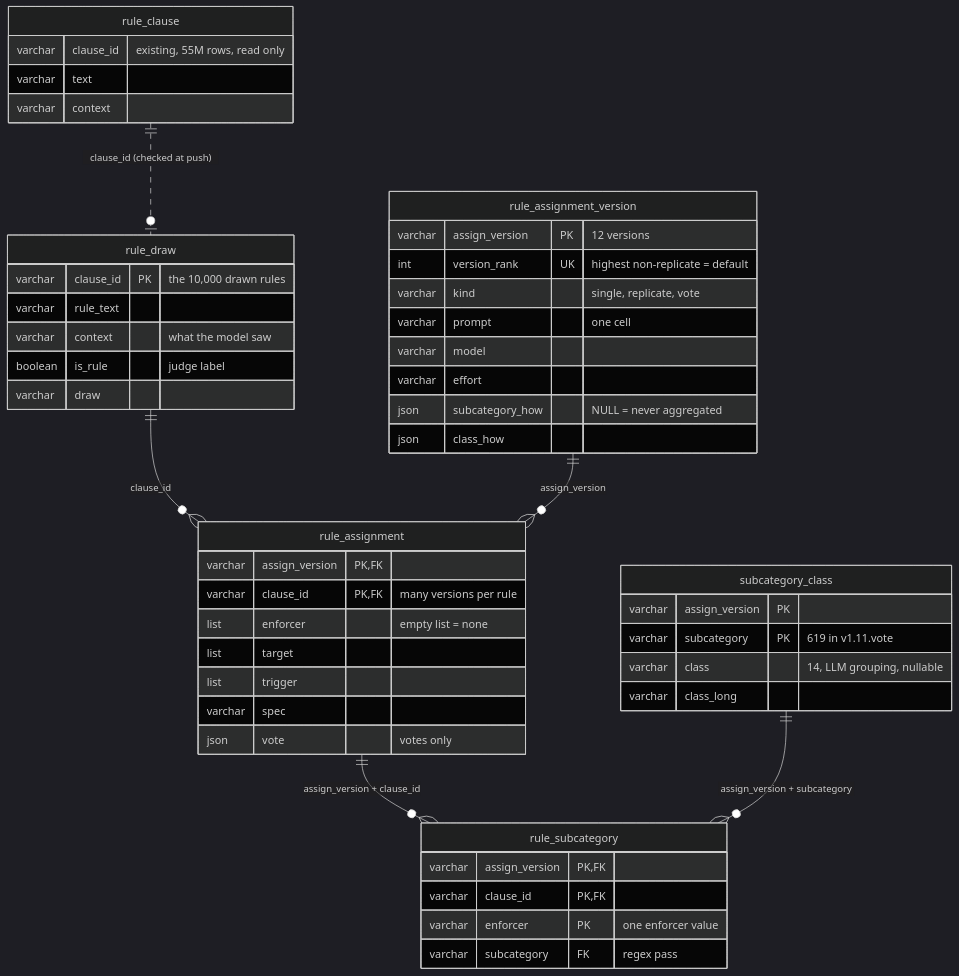
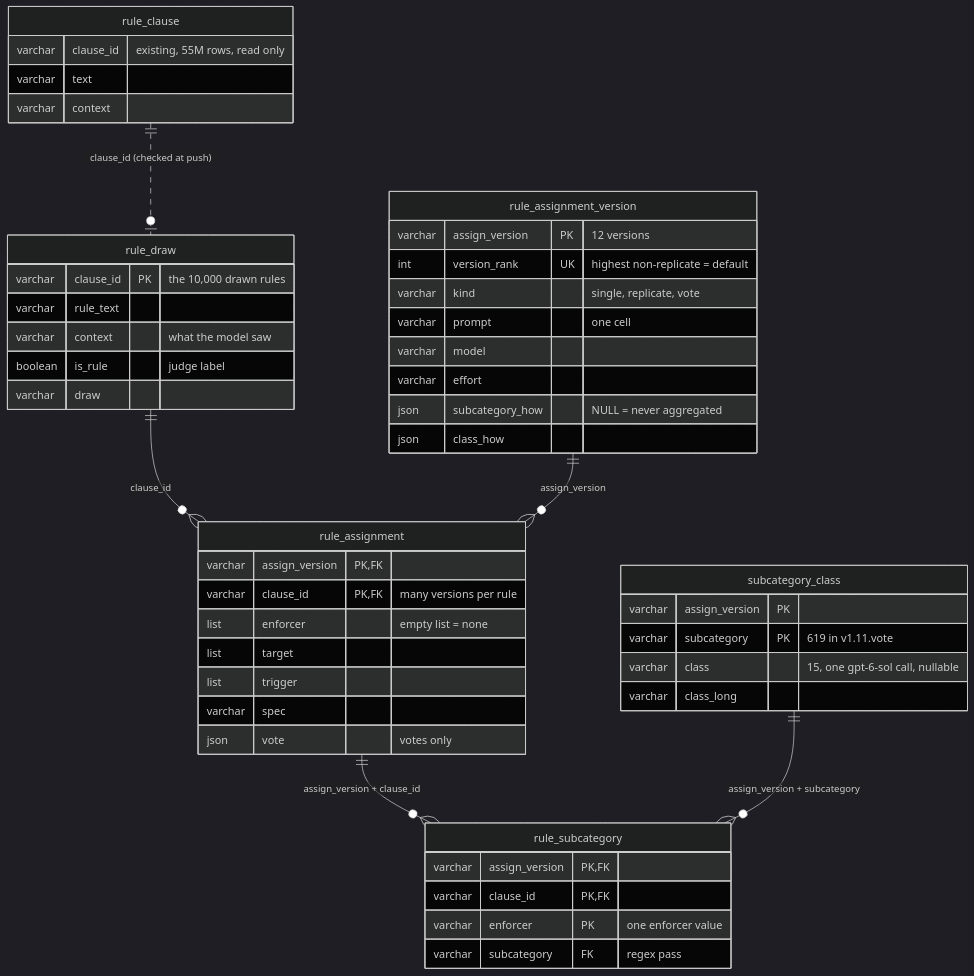
The diagram in README.md (Andwwy/rules-in-the-wild), drawn with Mermaid (dark theme) before and after one commit. The commit also changed other lines of this file and 1907 other files, not shown here.

````diff
--- a/README.md
+++ b/README.md
@@ -38,52 +40,52 @@
 ```mermaid
 erDiagram
     rule_clause ||..o| rule_draw : "clause_id (checked at push)"
     rule_draw ||--o{ rule_assignment : "clause_id"
     rule_assignment_version ||--o{ rule_assignment : "assign_version"
     rule_assignment ||--o{ rule_subcategory : "assign_version + clause_id"
     subcategory_class ||--o{ rule_subcategory : "assign_version + subcategory"
 
     rule_clause {
         varchar clause_id "existing, 55M rows, read only"
         varchar text
         varchar context
     }
     rule_draw {
         varchar clause_id PK "the 10,000 drawn rules"
         varchar rule_text
         varchar context "what the model saw"
         boolean is_rule "judge label"
         varchar draw
     }
     rule_assignment_version {
         varchar assign_version PK "12 versions"
         int version_rank UK "highest non-replicate = default"
         varchar kind "single, replicate, vote"
         varchar prompt "one cell"
         varchar model
         varchar effort
         json subcategory_how "NULL = never aggregated"
         json class_how
     }
     rule_assignment {
         varchar assign_version PK, FK
         varchar clause_id PK, FK "many versions per rule"
         list enforcer "empty list = none"
         list target
         list trigger
         varchar spec
         json vote "votes only"
     }
     rule_subcategory {
         varchar assign_version PK, FK
         varchar clause_id PK, FK
         varchar enforcer PK "one enforcer value"
         varchar subcategory FK "regex pass"
     }
     subcategory_class {
         varchar assign_version PK
         varchar subcategory PK "619 in v1.11.vote"
-        varchar class "14, LLM grouping, nullable"
+        varchar class "15, one gpt-6-sol call, nullable"
         varchar class_long
     }
 ```
````
